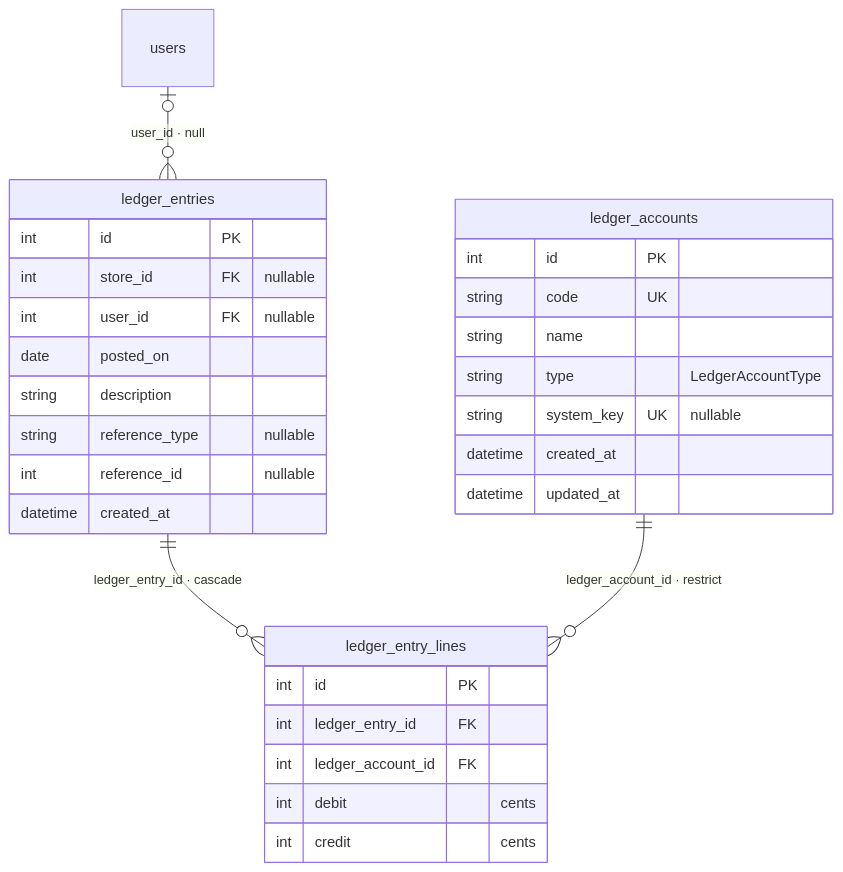
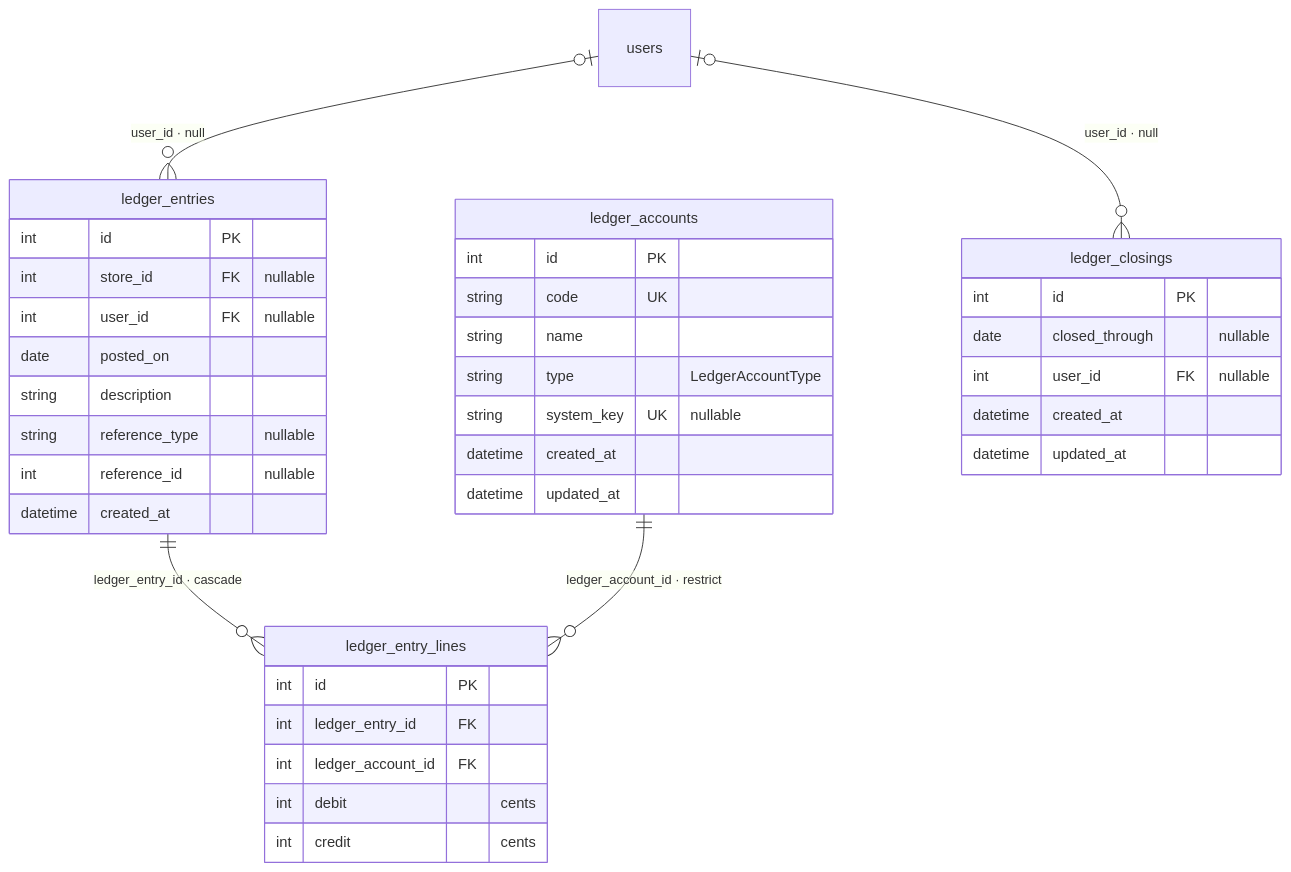
One commit to sebastienmarley/dkorpos changed the sixth of 10 diagrams in dkor/docs/data-model.md. Above: the diagram before and after it, drawn with Mermaid. The commit also changed other lines of this file and 19 other files, not shown here.

````diff
--- a/dkor/docs/data-model.md
+++ b/dkor/docs/data-model.md
@@ -965,32 +967,40 @@
 ```mermaid
 erDiagram
     ledger_entries ||--o{ ledger_entry_lines : "ledger_entry_id · cascade"
     ledger_accounts ||--o{ ledger_entry_lines : "ledger_account_id · restrict"
     users |o--o{ ledger_entries : "user_id · null"
+    users |o--o{ ledger_closings : "user_id · null"
     ledger_accounts {
         int id PK
         string code UK
         string name
         string type "LedgerAccountType"
         string system_key UK "nullable"
+        datetime created_at
+        datetime updated_at
+    }
+    ledger_closings {
+        int id PK
+        date closed_through "nullable"
+        int user_id FK "nullable"
         datetime created_at
         datetime updated_at
     }
     ledger_entries {
         int id PK
         int store_id FK "nullable"
         int user_id FK "nullable"
         date posted_on
         string description
         string reference_type "nullable"
         int reference_id "nullable"
         datetime created_at
     }
     ledger_entry_lines {
         int id PK
         int ledger_entry_id FK
         int ledger_account_id FK
         int debit "cents"
         int credit "cents"
     }
 ```
````
